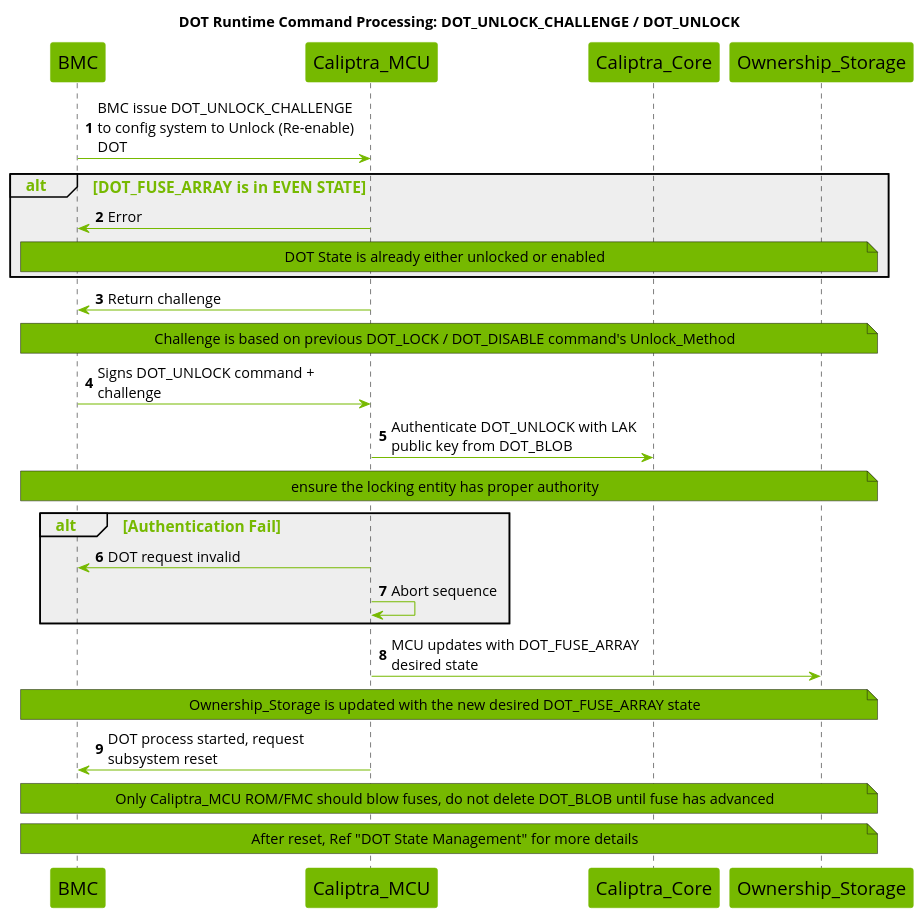
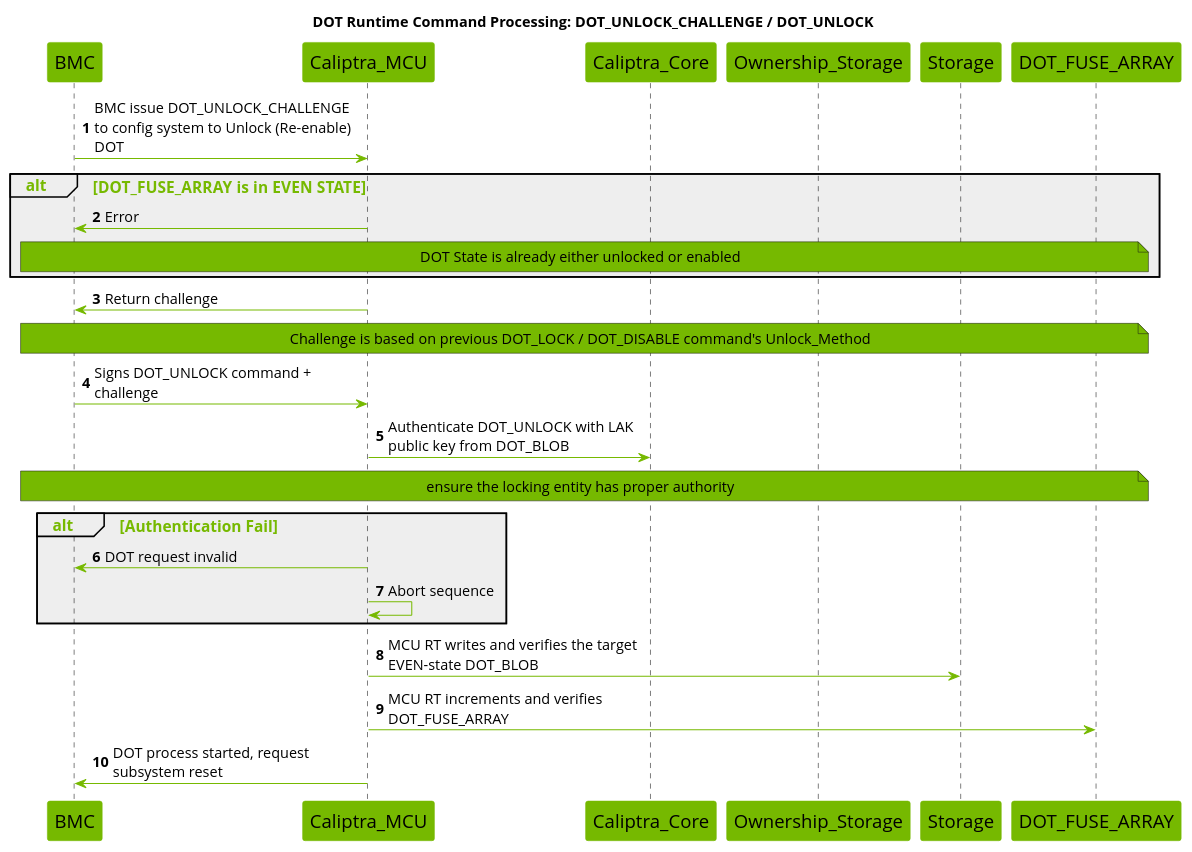
Before and after one commit to chipsalliance/caliptra-mcu-sw: the fourth of 9 diagrams in docs/src/dot.md, drawn with PlantUML. The commit also changed other lines of this file and 8 other files, not shown here.

Commit message:
dot: document direct runtime command flow

````diff
--- a/docs/src/dot.md
+++ b/docs/src/dot.md
@@ -640,60 +659,58 @@
 ```plantuml
 @startuml
 
 title DOT Runtime Command Processing: DOT_UNLOCK_CHALLENGE / DOT_UNLOCK
 
 skinparam maxMessageSize 250
 skinparam wrapWidth 700
 skinparam backgroundColor white
 skinparam NoteBackgroundColor #76b900
 skinparam NoteFontSize 14
 skinparam SequenceGroupBodyBackgroundColor #EEEEEE
 skinparam defaultFontName Open Sans
 
 skinparam sequence {
     ArrowColor #76b900
     ActorBorderColor #76b900
     LifeLineBorderColor #000000
     LifeLineBackgroundColor #76b900
     GroupHeaderFontsize 15
     GroupHeaderFontColor #76b900
     GroupFontSize 15
     GroupFontColor #76b900
     ArrowFontSize 15
     ParticipantBorderColor #76b900
     ParticipantBackgroundColor #76b900
     ParticipantFontSize 18
     ParticipantFontColor black
     ArrowFontSize 14
 }
 
 participant BMC
 participant Caliptra_MCU
 participant Caliptra_Core
 participant Ownership_Storage
 
 autonumber
 
 BMC -> Caliptra_MCU : BMC issue DOT_UNLOCK_CHALLENGE to config system to Unlock (Re-enable) DOT
 alt DOT_FUSE_ARRAY is in EVEN STATE
     Caliptra_MCU -> BMC : Error
     note across : DOT State is already either unlocked or enabled
 end
 
 Caliptra_MCU -> BMC : Return challenge
 note across : Challenge is based on previous DOT_LOCK / DOT_DISABLE command's Unlock_Method
 BMC -> Caliptra_MCU : Signs DOT_UNLOCK command + challenge
 Caliptra_MCU -> Caliptra_Core : Authenticate DOT_UNLOCK with LAK public key from DOT_BLOB
 note across : ensure the locking entity has proper authority
 alt Authentication Fail
     Caliptra_MCU -> BMC : DOT request invalid
     Caliptra_MCU -> Caliptra_MCU : Abort sequence
 end
-Caliptra_MCU -> Ownership_Storage : MCU updates with DOT_FUSE_ARRAY desired state
-note across : Ownership_Storage is updated with the new desired DOT_FUSE_ARRAY state
+Caliptra_MCU -> Storage : MCU RT writes and verifies the target EVEN-state DOT_BLOB
+Caliptra_MCU -> DOT_FUSE_ARRAY : MCU RT increments and verifies DOT_FUSE_ARRAY
 Caliptra_MCU -> BMC : DOT process started, request subsystem reset
-note across : Only Caliptra_MCU ROM/FMC should blow fuses, do not delete DOT_BLOB until fuse has advanced
-note across : After reset, Ref "DOT State Management" for more details
 
 @enduml
 ```
````
